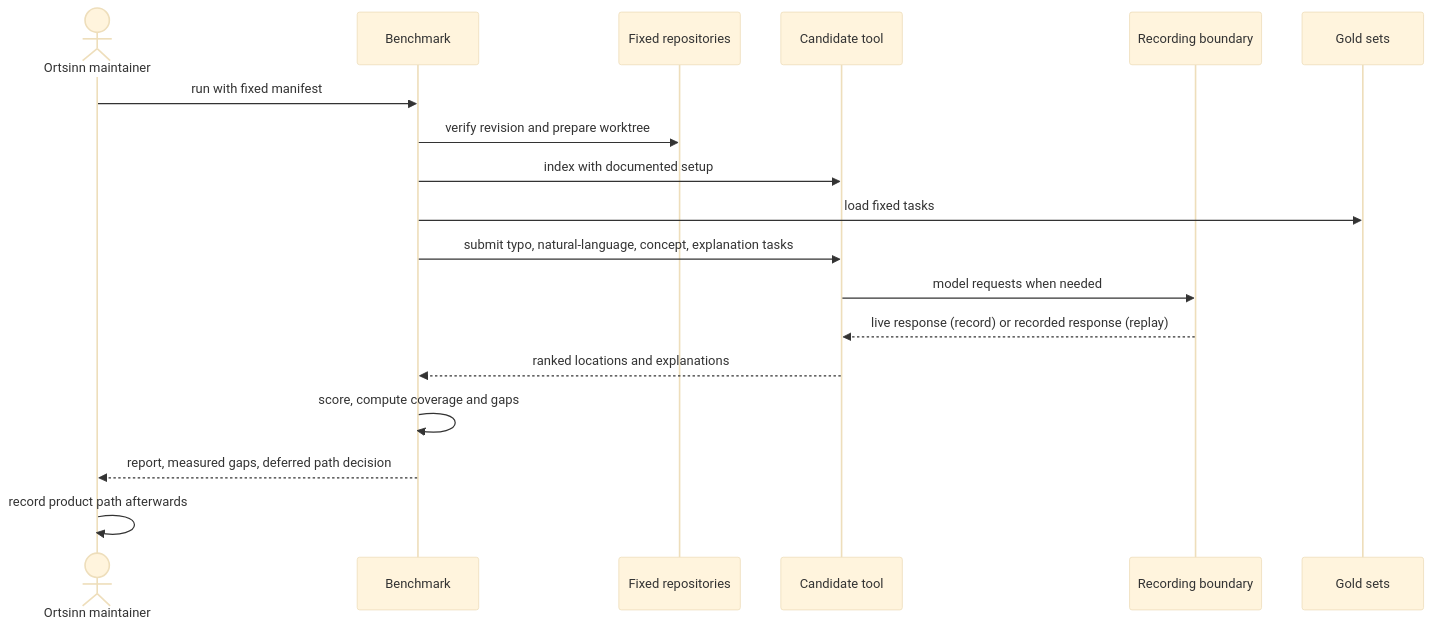
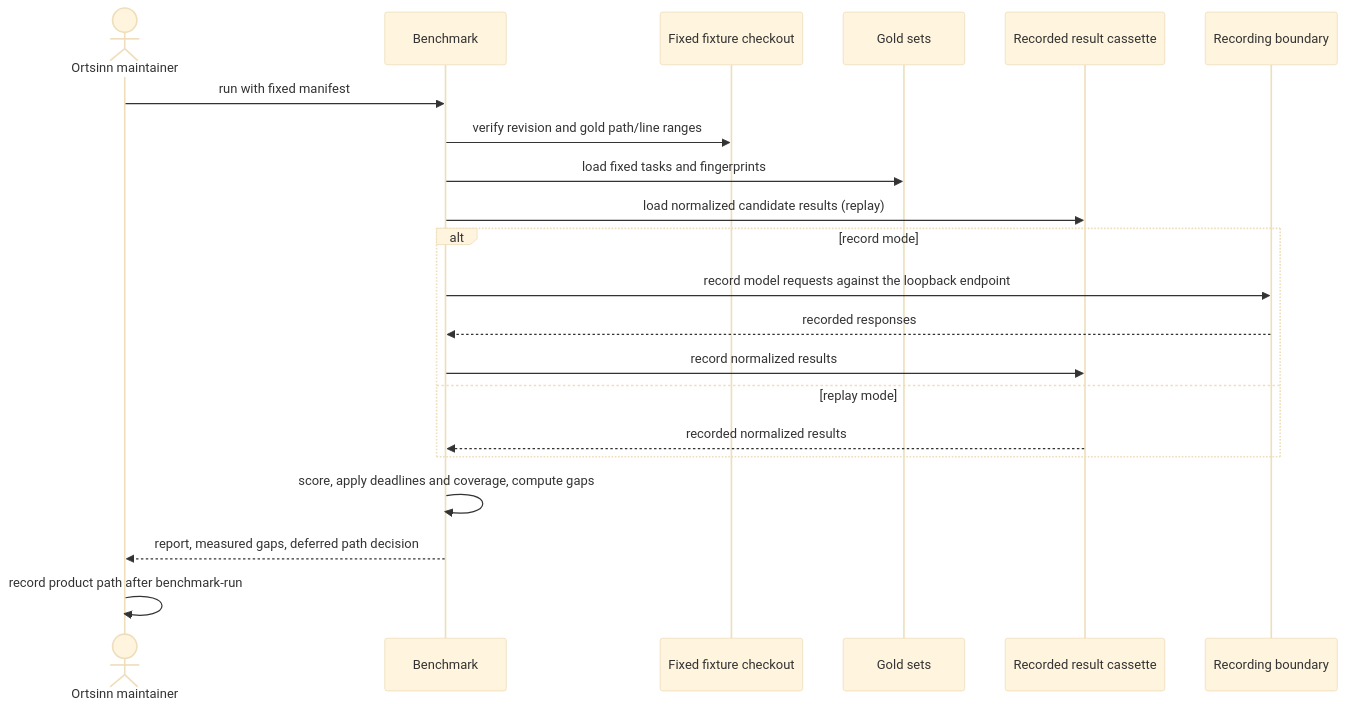
The diagram in givn/changes/benchmark-gate/specs/benchmark-comparison/usecase.md (kressnerd/ortsinn), drawn with Mermaid (base theme) before and after one commit. The commit also changed other lines of this file and 29 other files, not shown here.

First line of the commit message:
docs(benchmark): record the fixture split and hardened review

````diff
--- a/givn/changes/benchmark-gate/specs/benchmark-comparison/usecase.md
+++ b/givn/changes/benchmark-gate/specs/benchmark-comparison/usecase.md
@@ -161,20 +186,23 @@
 ```mermaid
 sequenceDiagram
     actor M as Ortsinn maintainer
     participant B as Benchmark
-    participant R as Fixed repositories
-    participant C as Candidate tool
+    participant F as Fixed fixture checkout
+    participant G as Gold sets
+    participant C as Recorded result cassette
     participant P as Recording boundary
-    participant G as Gold sets
     M->>B: run with fixed manifest
-    B->>R: verify revision and prepare worktree
-    B->>C: index with documented setup
-    B->>G: load fixed tasks
-    B->>C: submit typo, natural-language, concept, explanation tasks
-    C->>P: model requests when needed
-    P-->>C: live response (record) or recorded response (replay)
-    C-->>B: ranked locations and explanations
-    B->>B: score, compute coverage and gaps
+    B->>F: verify revision and gold path/line ranges
+    B->>G: load fixed tasks and fingerprints
+    B->>C: load normalized candidate results (replay)
+    alt record mode
+        B->>P: record model requests against the loopback endpoint
+        P-->>B: recorded responses
+        B->>C: record normalized results
+    else replay mode
+        C-->>B: recorded normalized results
+    end
+    B->>B: score, apply deadlines and coverage, compute gaps
     B-->>M: report, measured gaps, deferred path decision
-    M->>M: record product path afterwards
+    M->>M: record product path after benchmark-run
 ```
````
